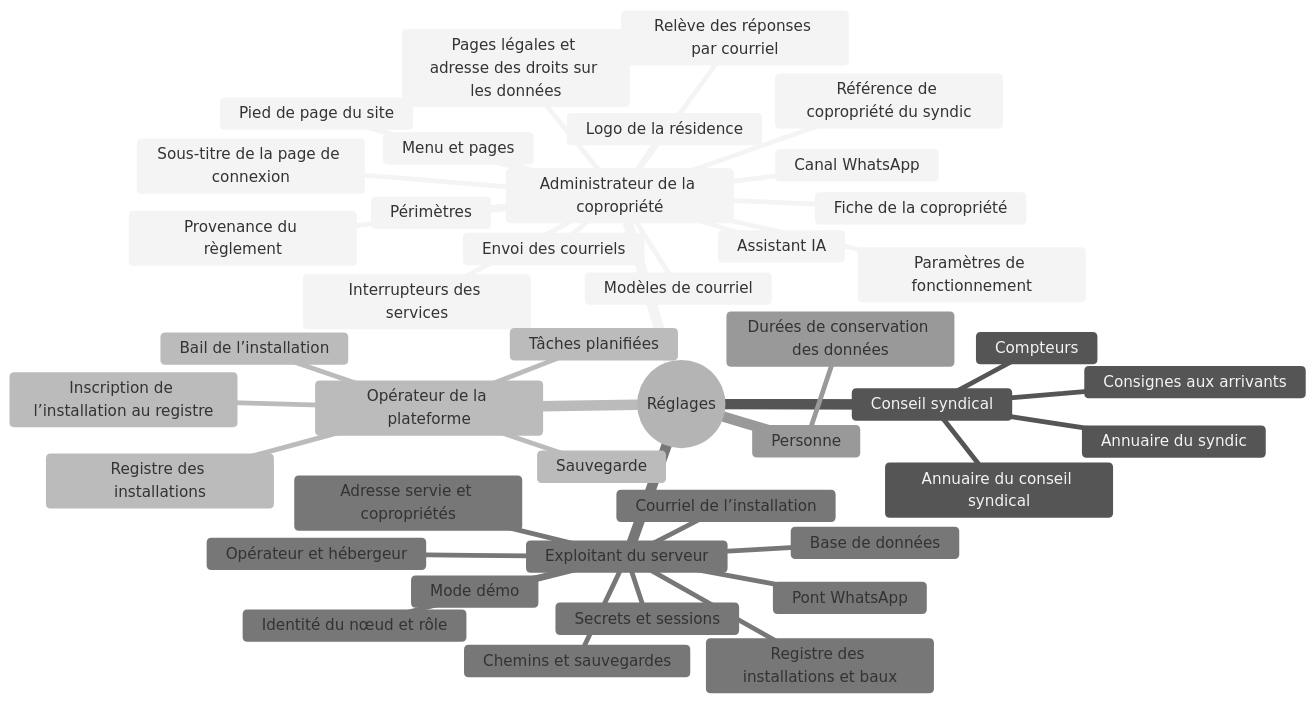
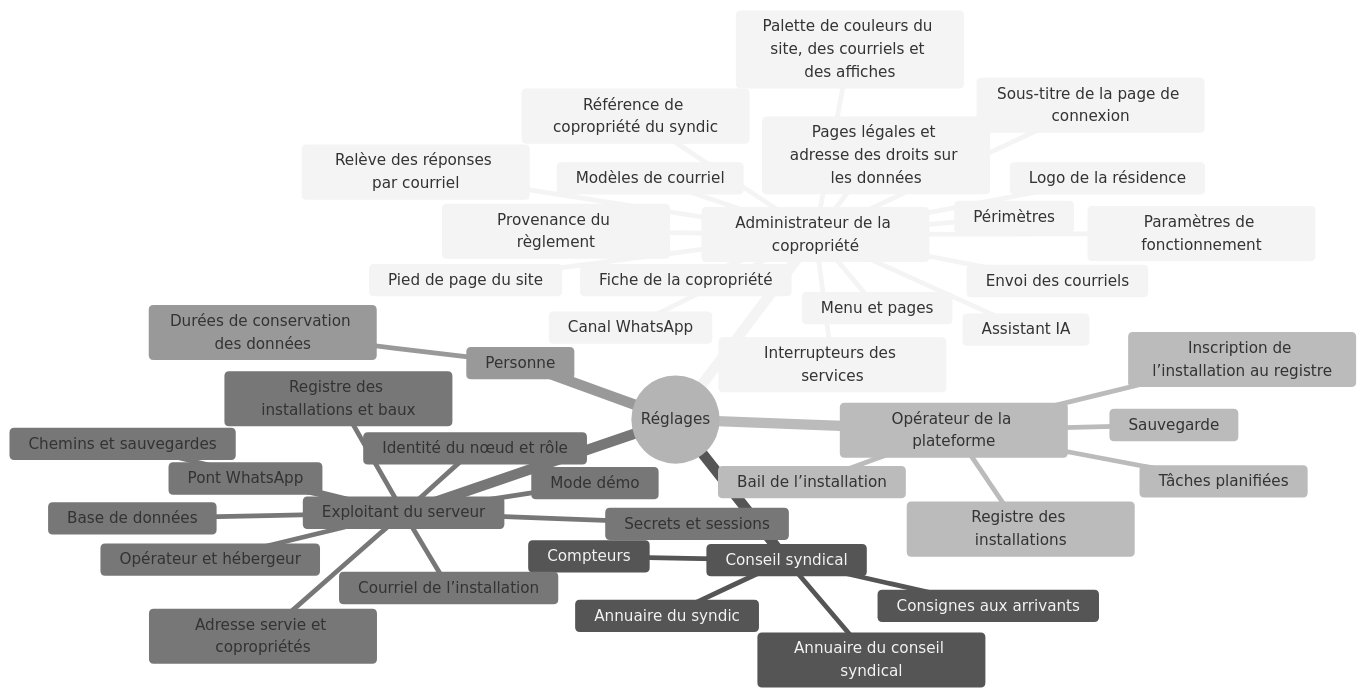
Before and after one commit to philippe-tressard/coprofirst: the diagram in docs/carte-reglages.md, drawn with Mermaid (neutral theme). The commit also changed other lines of this file and 34 other files, not shown here.

````diff
--- a/docs/carte-reglages.md
+++ b/docs/carte-reglages.md
@@ -20,45 +20,46 @@
 ```mermaid
 mindmap
   root((Réglages))
     Administrateur de la copropriété
       Paramètres de fonctionnement
       Sous-titre de la page de connexion
       Pied de page du site
       Pages légales et adresse des droits sur les données
       Référence de copropriété du syndic
       Menu et pages
       Interrupteurs des services
       Envoi des courriels
       Relève des réponses par courriel
       Canal WhatsApp
       Assistant IA
       Logo de la résidence
+      Palette de couleurs du site, des courriels et des affiches
       Fiche de la copropriété
       Périmètres
       Modèles de courriel
       Provenance du règlement
     Conseil syndical
       Annuaire du syndic
       Annuaire du conseil syndical
       Consignes aux arrivants
       Compteurs
     Opérateur de la plateforme
       Sauvegarde
       Inscription de l’installation au registre
       Bail de l’installation
       Registre des installations
       Tâches planifiées
     Exploitant du serveur
       Identité du nœud et rôle
       Mode démo
       Registre des installations et baux
       Opérateur et hébergeur
       Adresse servie et copropriétés
       Secrets et sessions
       Base de données
       Courriel de l’installation
       Chemins et sauvegardes
       Pont WhatsApp
     Personne
       Durées de conservation des données
 ```
````
